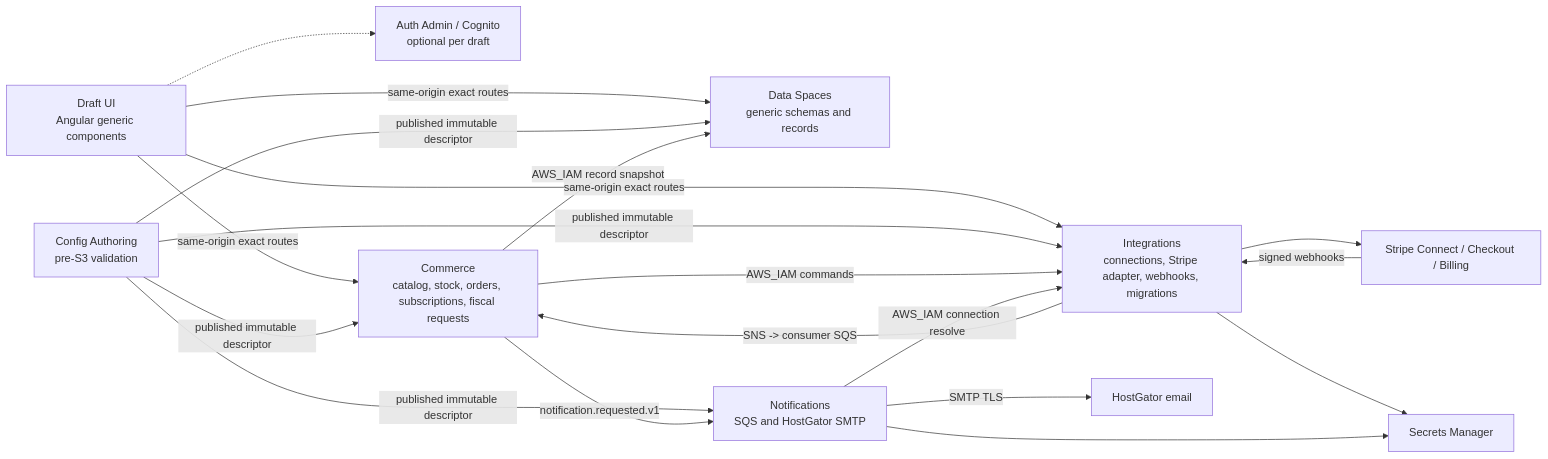
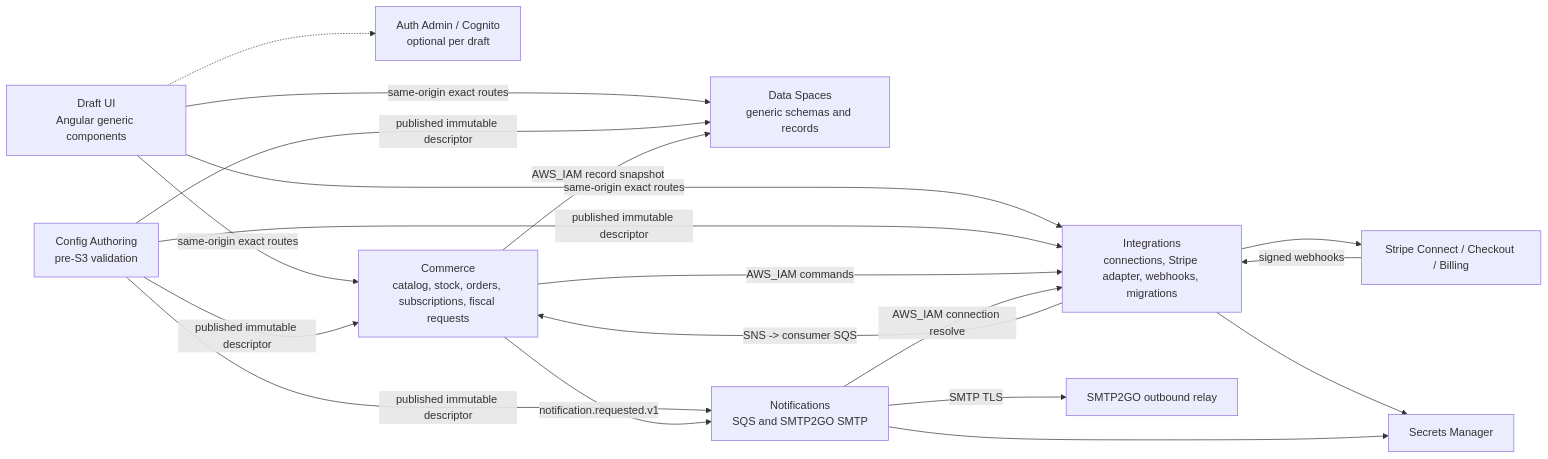
Before and after one commit to LynxPardelle/zoolandingpage: the diagram in plan/infrastructure-server-only-integrations-1.md, drawn with Mermaid. The commit also changed other lines of this file and 1 other file, not shown here.

Commit message:
docs: select SMTP2GO for notifications

````diff
--- a/plan/infrastructure-server-only-integrations-1.md
+++ b/plan/infrastructure-server-only-integrations-1.md
@@ -21,31 +21,31 @@
 ```mermaid
 flowchart LR
     Draft["Draft UI\nAngular generic components"]
     Auth["Auth Admin / Cognito\noptional per draft"]
     Authoring["Config Authoring\npre-S3 validation"]
     Spaces["Data Spaces\ngeneric schemas and records"]
     Commerce["Commerce\ncatalog, stock, orders, subscriptions, fiscal requests"]
     Integrations["Integrations\nconnections, Stripe adapter, webhooks, migrations"]
-    Notifications["Notifications\nSQS and HostGator SMTP"]
+    Notifications["Notifications\nSQS and SMTP2GO SMTP"]
     Stripe["Stripe Connect / Checkout / Billing"]
     Secrets["Secrets Manager"]
 
     Draft -->|"same-origin exact routes"| Spaces
     Draft -->|"same-origin exact routes"| Commerce
     Draft -->|"same-origin exact routes"| Integrations
     Draft -.-> Auth
     Authoring -->|"published immutable descriptor"| Spaces
     Authoring -->|"published immutable descriptor"| Commerce
     Authoring -->|"published immutable descriptor"| Integrations
     Authoring -->|"published immutable descriptor"| Notifications
     Commerce -->|"AWS_IAM record snapshot"| Spaces
     Commerce -->|"AWS_IAM commands"| Integrations
     Integrations --> Stripe
     Stripe -->|"signed webhooks"| Integrations
     Integrations -->|"SNS -> consumer SQS"| Commerce
     Commerce -->|"notification.requested.v1"| Notifications
     Notifications -->|"AWS_IAM connection resolve"| Integrations
-    Notifications -->|"SMTP TLS"| HostGator["HostGator email"]
+    Notifications -->|"SMTP TLS"| SMTP2GO["SMTP2GO outbound relay"]
     Integrations --> Secrets
     Notifications --> Secrets
 ```
````
